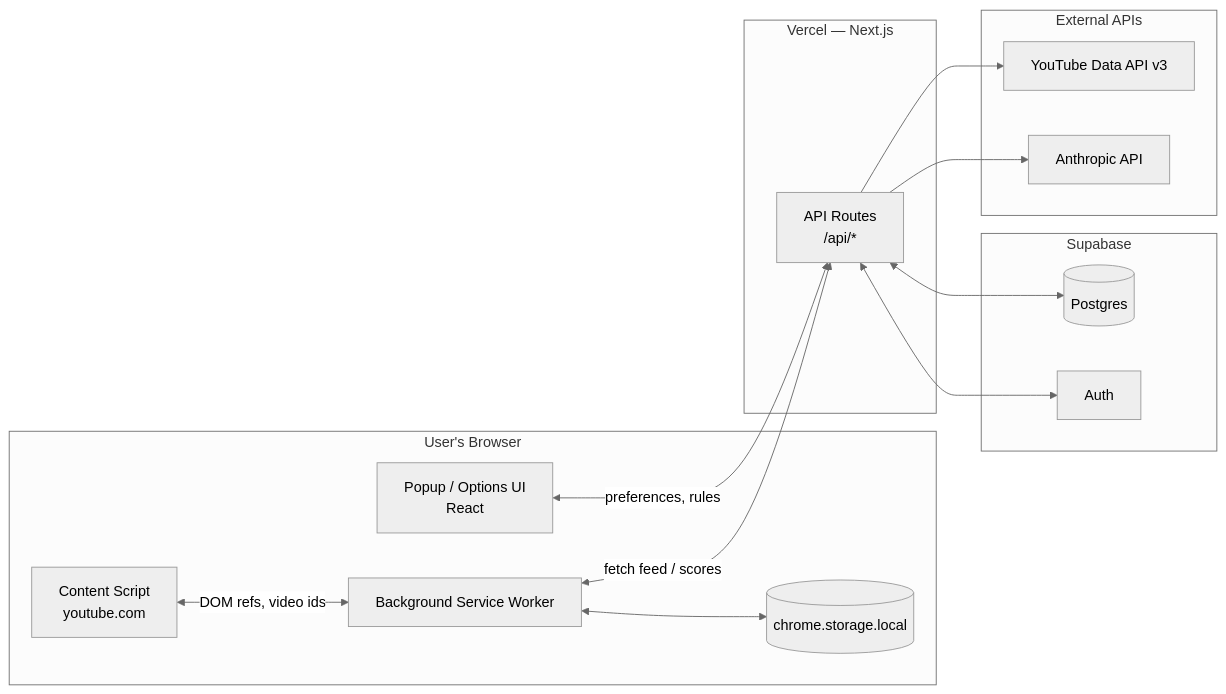
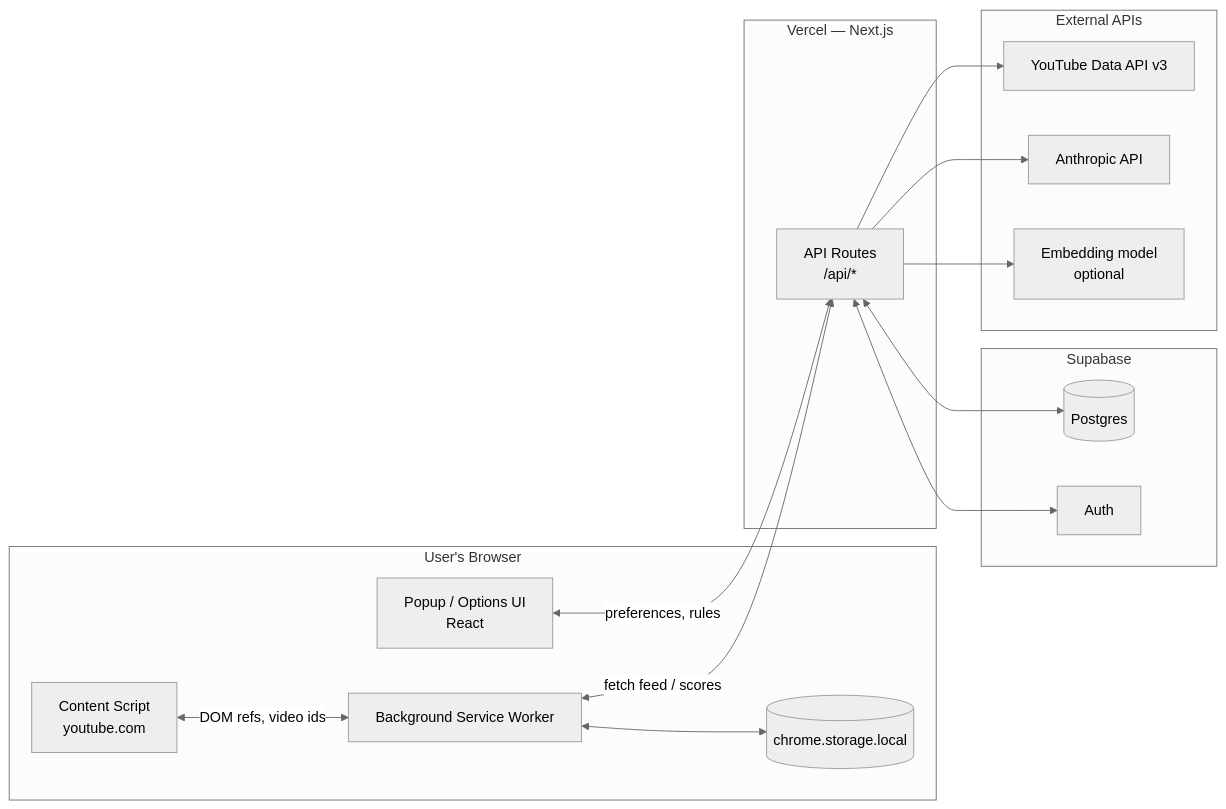
Before and after one commit to AsimovNo9/MyAlgo: the first of 3 diagrams in ARCHITECTURE.md, drawn with Mermaid (neutral theme). The commit also changed other lines of this file and 5 other files, not shown here.

Commit message:
Document semantic discovery roadmap

````diff
--- a/ARCHITECTURE.md
+++ b/ARCHITECTURE.md
@@ -34,32 +35,34 @@
 ```mermaid
 flowchart LR
   subgraph Browser[User's Browser]
     CS[Content Script<br/>youtube.com]
     BG[Background Service Worker]
     POPUP[Popup / Options UI<br/>React]
     LS[(chrome.storage.local)]
   end
 
   subgraph Vercel[Vercel — Next.js]
     API[API Routes<br/>/api/*]
   end
 
   subgraph Supabase[Supabase]
     PG[(Postgres)]
     AUTH[Auth]
   end
 
   subgraph External[External APIs]
     YT[YouTube Data API v3]
     CLAUDE[Anthropic API]
+    EMB[Embedding model<br/>optional]
   end
 
   POPUP <-->|preferences, rules| API
   BG <-->|fetch feed / scores| API
   CS <-->|DOM refs, video ids| BG
   BG <--> LS
   API <--> PG
   API <--> AUTH
   API --> YT
   API --> CLAUDE
+  API --> EMB
 ```
````
